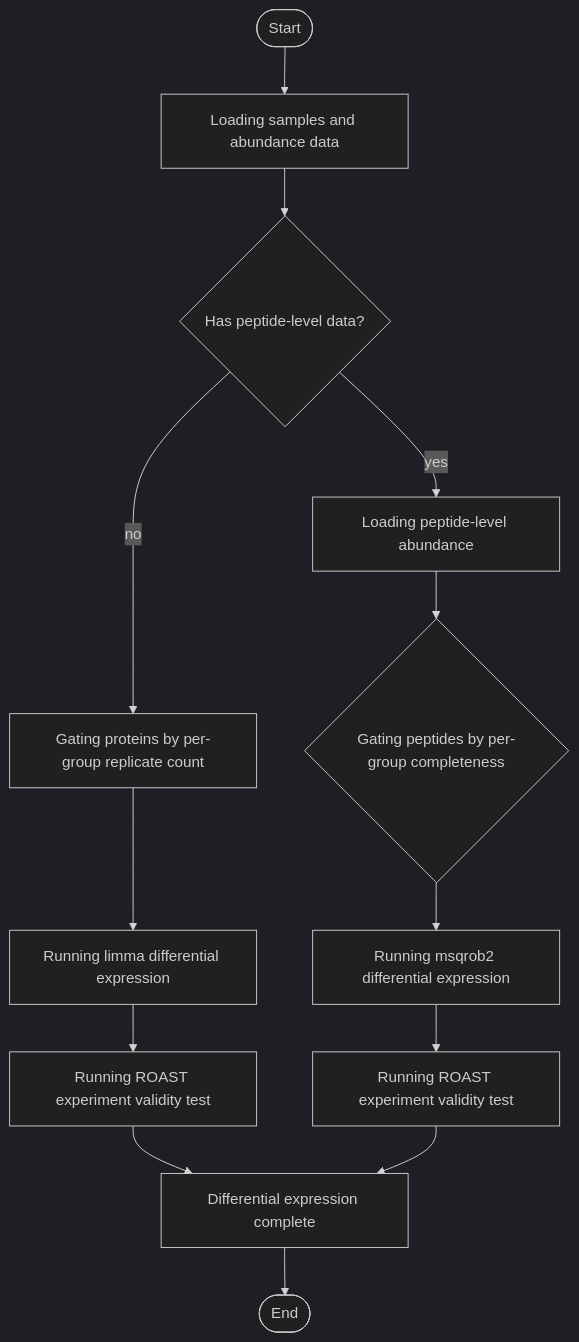
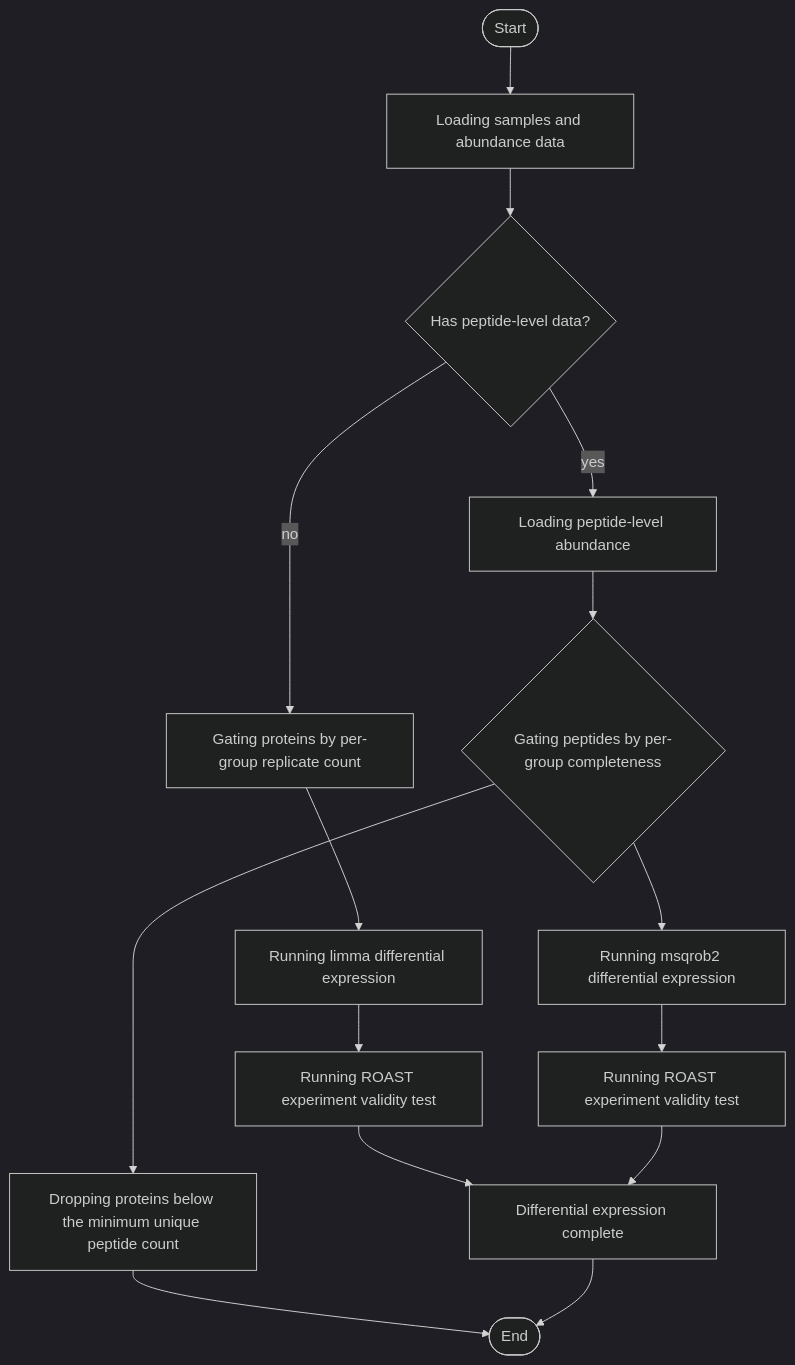
One commit to noatgnu/lysoip-differential-expression-plugin changed the diagram in README.md. Above: the diagram before and after it, drawn with Mermaid (dark theme). The commit also changed other lines of this file and 3 other files, not shown here.

````diff
--- a/README.md
+++ b/README.md
@@ -29,25 +29,28 @@
 ```mermaid
 flowchart TD
     Start([Start]) --> load
     load["Loading samples and abundance data"]
     load --> check
     limma_gate["Gating proteins by per-group replicate count"]
     limma_gate --> limma
     limma["Running limma differential expression"]
     limma --> limma_roast
     limma_roast["Running ROAST experiment validity test"]
     limma_roast --> step1
     msqrob2_load["Loading peptide-level abundance"]
     msqrob2_load --> gate
     gate{"Gating peptides by per-group completeness"}
+    gate --> single_feature_gate
     gate --> msqrob2
+    single_feature_gate["Dropping proteins below the minimum unique peptide count"]
+    single_feature_gate --> End([End])
     msqrob2["Running msqrob2 differential expression"]
     msqrob2 --> msqrob2_roast
     msqrob2_roast["Running ROAST experiment validity test"]
     msqrob2_roast --> step1
     check{"Has peptide-level data?"}
     check -->|"no"| limma_gate
     check -->|"yes"| msqrob2_load
     step1["Differential expression complete"]
     step1 --> End([End])
 ```
````
